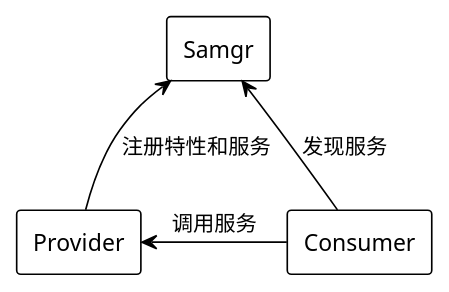
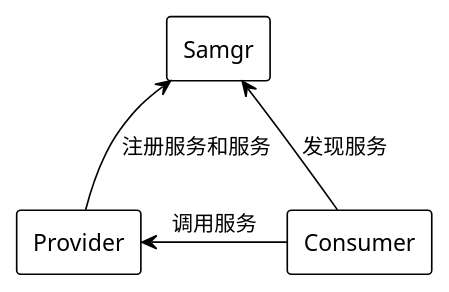
One commit to MatthewKe/openHarmonyNote changed the second of 19 diagrams in note.md. Above: the diagram before and after it, drawn with PlantUML. The commit also changed other lines of this file and 1 other file, not shown here.

````diff
--- a/note.md
+++ b/note.md
@@ -32,10 +44,10 @@
 ```plantuml
     !theme plain
     rectangle Samgr
     rectangle Provider
     rectangle Consumer
 
     Samgr <-down- Consumer : 发现服务
-    Samgr <-down- Provider : 注册特性和服务
+    Samgr <-down- Provider : 注册服务和服务
     Provider <-right- Consumer : 调用服务
 ```
````
